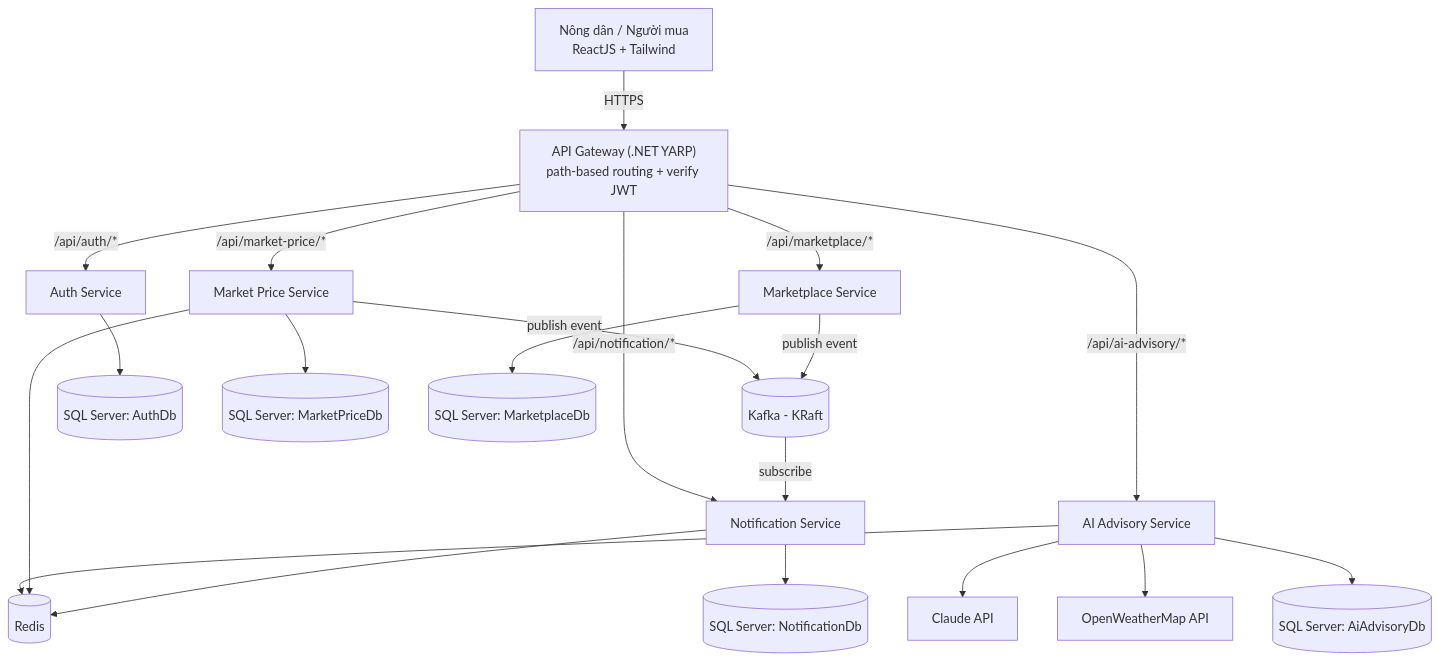
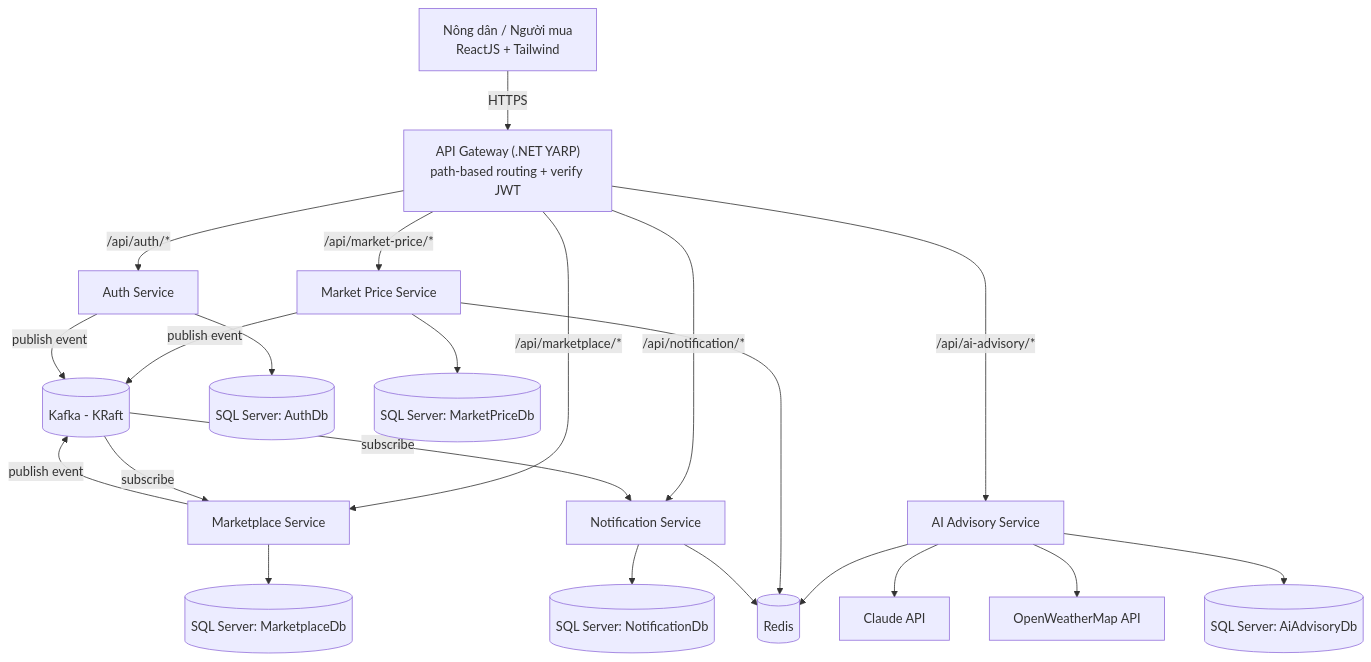
One commit to Flakes23/HappyFarmer changed the diagram in docs/architecture/01-overview.md. Above: the diagram before and after it, drawn with Mermaid. The commit also changed other lines of this file and 19 other files, not shown here.

````diff
--- a/docs/architecture/01-overview.md
+++ b/docs/architecture/01-overview.md
@@ -5,25 +5,27 @@
 ```mermaid
 graph TD
   U["Nông dân / Người mua<br/>ReactJS + Tailwind"] -->|HTTPS| GW["API Gateway (.NET YARP)<br/>path-based routing + verify JWT"]
   GW -->|"/api/auth/*"| AUTH[Auth Service]
   GW -->|"/api/market-price/*"| MP[Market Price Service]
   GW -->|"/api/ai-advisory/*"| AI[AI Advisory Service]
   GW -->|"/api/marketplace/*"| MKT[Marketplace Service]
   GW -->|"/api/notification/*"| NOTI[Notification Service]
 
   MP -- publish event --> KAFKA[("Kafka - KRaft")]
   MKT -- publish event --> KAFKA
+  AUTH -- publish event --> KAFKA
   KAFKA -- subscribe --> NOTI
+  KAFKA -- subscribe --> MKT
 
   AI --> CLAUDE[Claude API]
   AI --> OWM[OpenWeatherMap API]
   AI --> REDIS[("Redis")]
   MP --> REDIS
   NOTI --> REDIS
 
   AUTH --> SQL1[("SQL Server: AuthDb")]
   MP --> SQL2[("SQL Server: MarketPriceDb")]
   AI --> SQL3[("SQL Server: AiAdvisoryDb")]
   MKT --> SQL4[("SQL Server: MarketplaceDb")]
   NOTI --> SQL5[("SQL Server: NotificationDb")]
 ```
````
